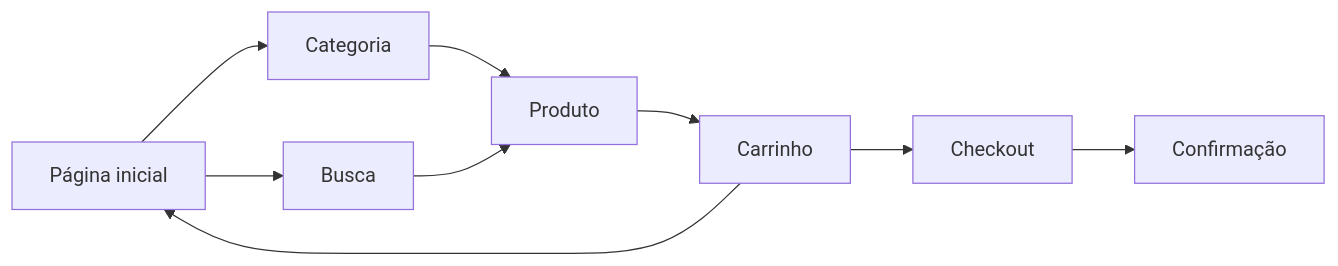
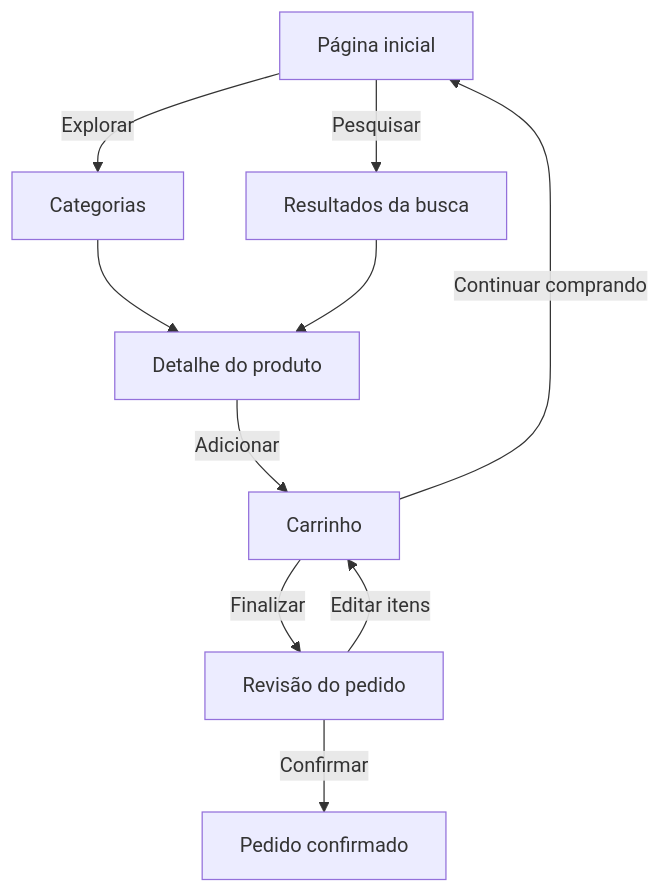
Before and after one commit to pedrotescaro/Stacklyst: the diagram in content/enade/engenharia-de-software/ihc-e-usabilidade.md, drawn with Mermaid. The commit also changed other lines of this file and 84 other files, not shown here.

Commit message:
feat(enade): redraw study library diagrams

````diff
--- a/content/enade/engenharia-de-software/ihc-e-usabilidade.md
+++ b/content/enade/engenharia-de-software/ihc-e-usabilidade.md
@@ -91,9 +91,12 @@
-```mermaid Mapa de navegação de uma loja virtual
-flowchart LR
-  H[Página inicial] --> C[Categoria]
-  H --> B[Busca]
-  C --> P[Produto]
+```mermaid Caminhos de compra na loja
+flowchart TD
+  H["Página inicial"] -->|Explorar| C["Categorias"]
+  H -->|Pesquisar| B["Resultados da busca"]
+  C --> P["Detalhe do produto"]
   B --> P
-  P --> K[Carrinho] --> CO[Checkout] --> OK[Confirmação]
-  K --> H
+  P -->|Adicionar| K["Carrinho"]
+  K -->|Continuar comprando| H
+  K -->|Finalizar| F["Revisão do pedido"]
+  F -->|Editar itens| K
+  F -->|Confirmar| OK["Pedido confirmado"]
 ```
````
